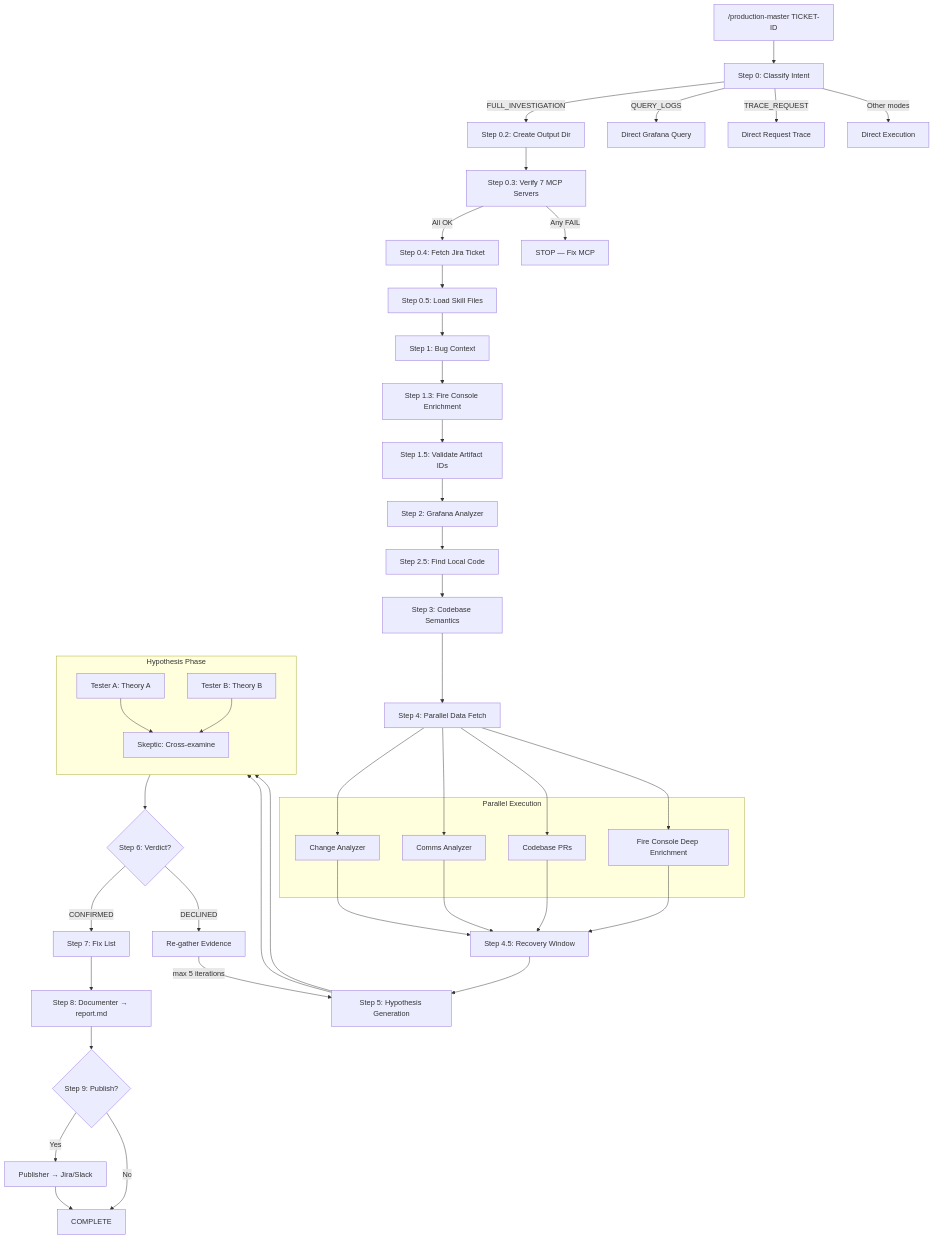
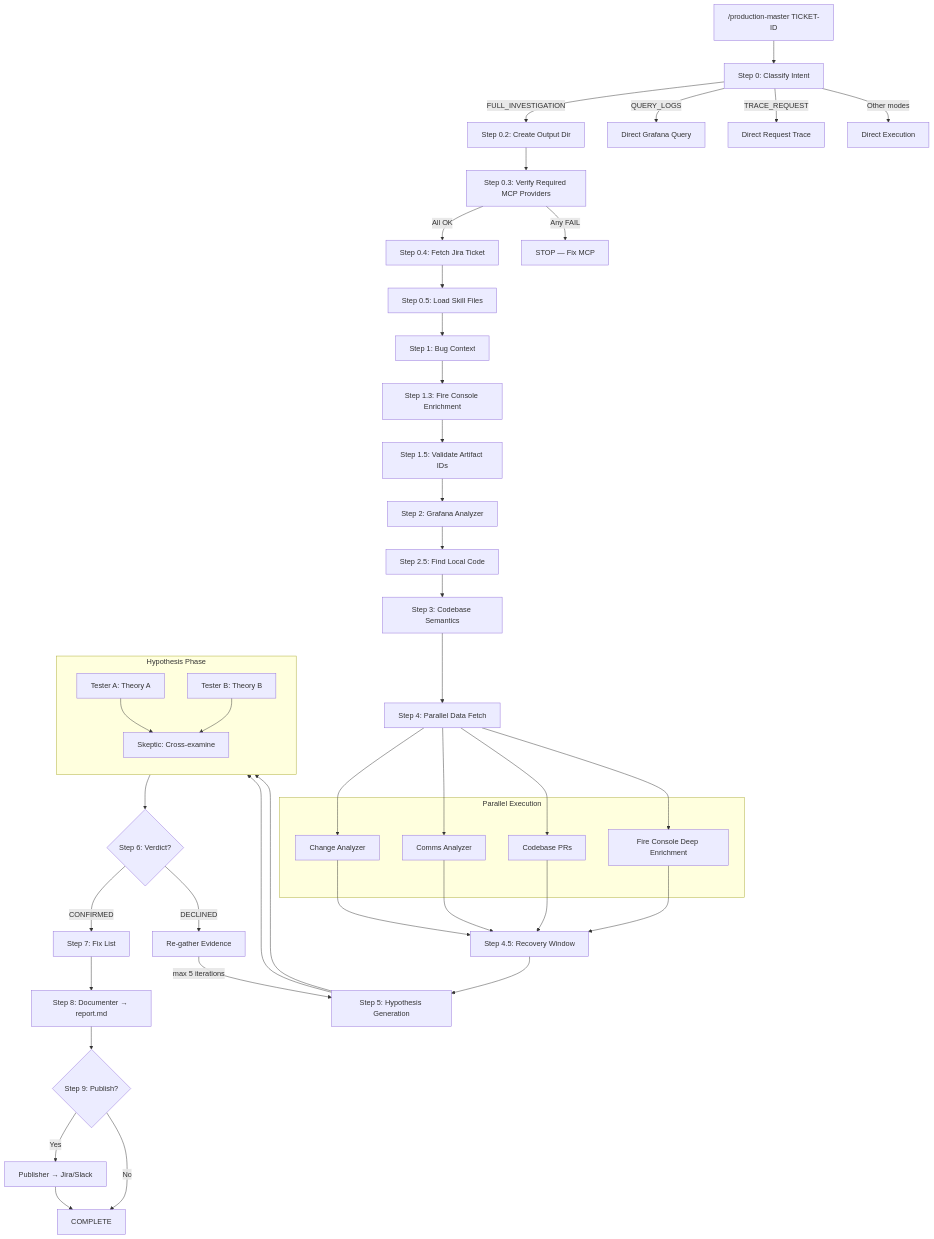
The diagram in docs/investigation-flow.md (TamirCohen-Wix/production-master), drawn with Mermaid before and after one commit. The commit also changed 31 other files, not shown here.

````diff
--- a/docs/investigation-flow.md
+++ b/docs/investigation-flow.md
@@ -20,53 +20,53 @@
 ```mermaid
 flowchart TD
     START["/production-master TICKET-ID"] --> CLASSIFY["Step 0: Classify Intent"]
     CLASSIFY --> |FULL_INVESTIGATION| INIT["Step 0.2: Create Output Dir"]
     CLASSIFY --> |QUERY_LOGS| DIRECT_GRAFANA["Direct Grafana Query"]
     CLASSIFY --> |TRACE_REQUEST| DIRECT_TRACE["Direct Request Trace"]
     CLASSIFY --> |Other modes| DIRECT_OTHER["Direct Execution"]
 
-    INIT --> MCP_CHECK["Step 0.3: Verify 7 MCP Servers"]
+    INIT --> MCP_CHECK["Step 0.3: Verify Required MCP Providers"]
     MCP_CHECK --> |All OK| JIRA["Step 0.4: Fetch Jira Ticket"]
     MCP_CHECK --> |Any FAIL| STOP["STOP — Fix MCP"]
 
     JIRA --> SKILLS["Step 0.5: Load Skill Files"]
     SKILLS --> BUG_CTX["Step 1: Bug Context"]
     BUG_CTX --> ENRICH["Step 1.3: Fire Console Enrichment"]
     ENRICH --> VALIDATE["Step 1.5: Validate Artifact IDs"]
     VALIDATE --> GRAFANA["Step 2: Grafana Analyzer"]
     GRAFANA --> LOCAL["Step 2.5: Find Local Code"]
     LOCAL --> CODEBASE["Step 3: Codebase Semantics"]
 
     CODEBASE --> PARALLEL["Step 4: Parallel Data Fetch"]
 
     subgraph PARALLEL_BOX ["Parallel Execution"]
         PROD["Change Analyzer"]
         SLACK["Comms Analyzer"]
         CODE_PRS["Codebase PRs"]
         FC["Fire Console Deep Enrichment"]
     end
     PARALLEL --> PROD & SLACK & CODE_PRS & FC
 
     PROD & SLACK & CODE_PRS & FC --> RECOVERY["Step 4.5: Recovery Window"]
     RECOVERY --> HYPOTHESIS["Step 5: Hypothesis Generation"]
 
     subgraph HYPO_BOX ["Hypothesis Phase"]
         direction TB
         HYPO_A["Tester A: Theory A"]
         HYPO_B["Tester B: Theory B"]
         SKEPTIC_V["Skeptic: Cross-examine"]
         HYPO_A & HYPO_B --> SKEPTIC_V
     end
     HYPOTHESIS --> HYPO_A & HYPO_B
 
     SKEPTIC_V --> DECISION{"Step 6: Verdict?"}
     DECISION --> |CONFIRMED| FIX["Step 7: Fix List"]
     DECISION --> |DECLINED| REGATHER["Re-gather Evidence"]
     REGATHER --> |"max 5 iterations"| HYPOTHESIS
 
     FIX --> DOC["Step 8: Documenter → report.md"]
     DOC --> PUB{"Step 9: Publish?"}
     PUB --> |Yes| PUBLISHER["Publisher → Jira/Slack"]
     PUB --> |No| DONE["COMPLETE"]
     PUBLISHER --> DONE
 ```
````
